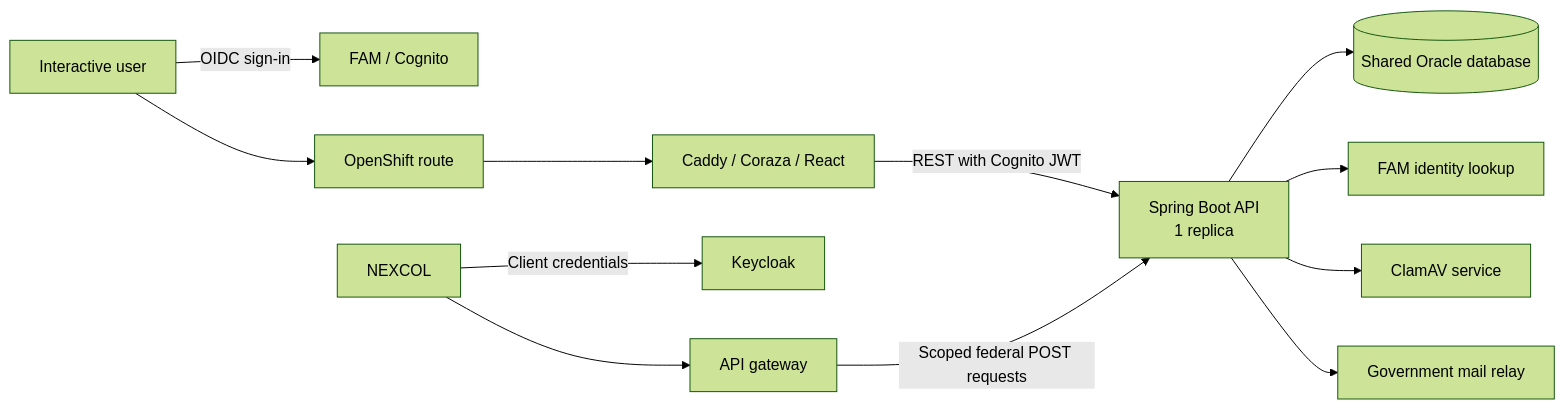
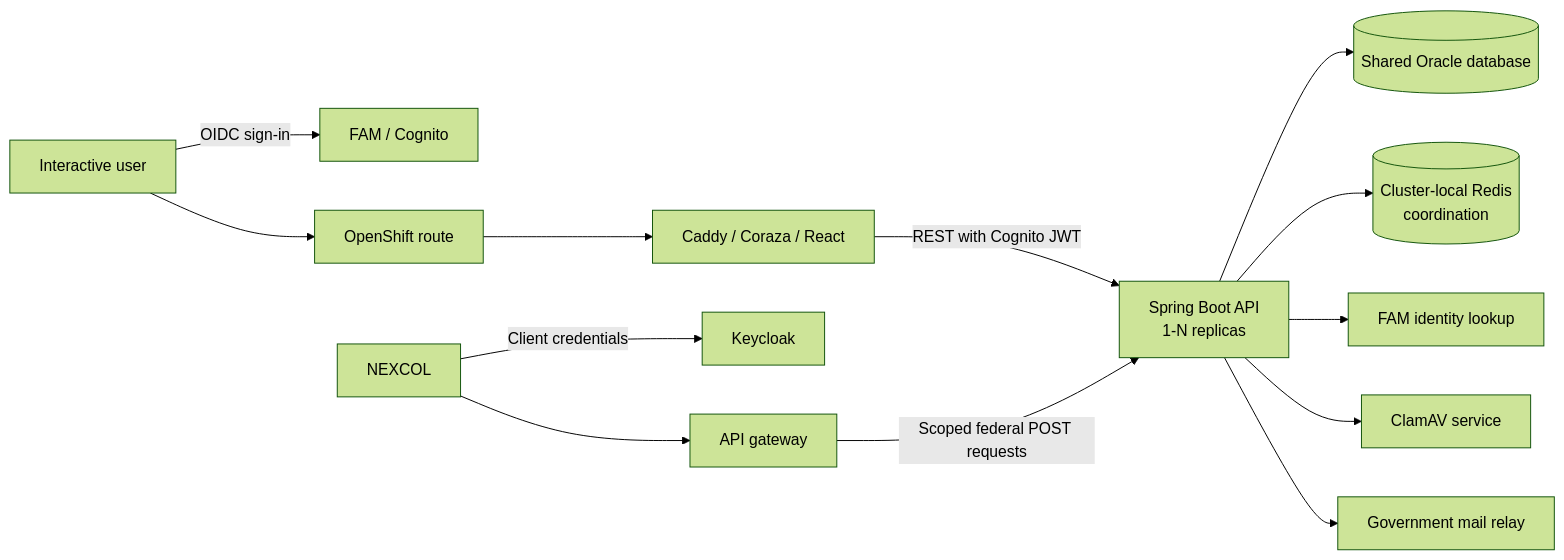
One commit to bcgov/nr-lexis changed the diagram in docs/architecture.md. Above: the diagram before and after it, drawn with Mermaid (forest theme). The commit also changed other lines of this file and 55 other files, not shown here.

Commit message:
feat: enable multi-pod backend coordination

````diff
--- a/docs/architecture.md
+++ b/docs/architecture.md
@@ -9,16 +9,17 @@
 ```mermaid
 flowchart LR
     User["Interactive user"] -->|OIDC sign-in| Cognito["FAM / Cognito"]
     User --> Route["OpenShift route"]
     Route --> Frontend["Caddy / Coraza / React"]
-    Frontend -->|REST with Cognito JWT| Backend["Spring Boot API<br/>1 replica"]
+    Frontend -->|REST with Cognito JWT| Backend["Spring Boot API<br/>1-N replicas"]
 
     Nexcol[NEXCOL] -->|Client credentials| Keycloak[Keycloak]
     Nexcol --> Gateway["API gateway"]
     Gateway -->|Scoped federal POST requests| Backend
 
     Backend --> Oracle[("Shared Oracle database")]
+    Backend --> Redis[("Cluster-local Redis<br/>coordination")]
     Backend --> Identity["FAM identity lookup"]
     Backend --> ClamAV["ClamAV service"]
     Backend --> Mail["Government mail relay"]
 ```
````
